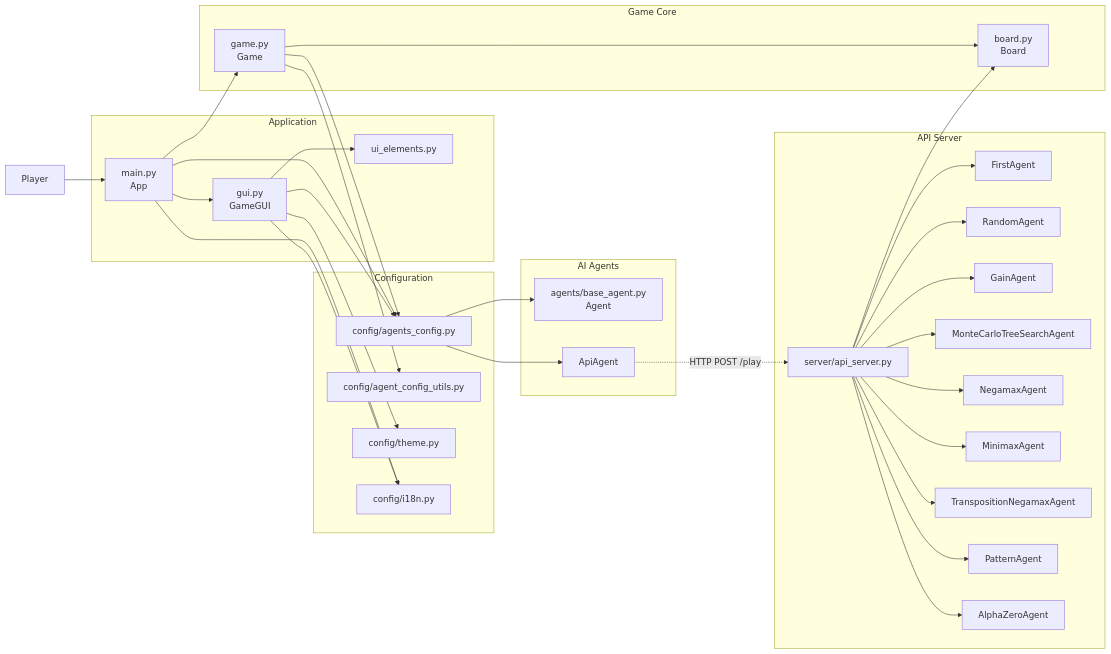
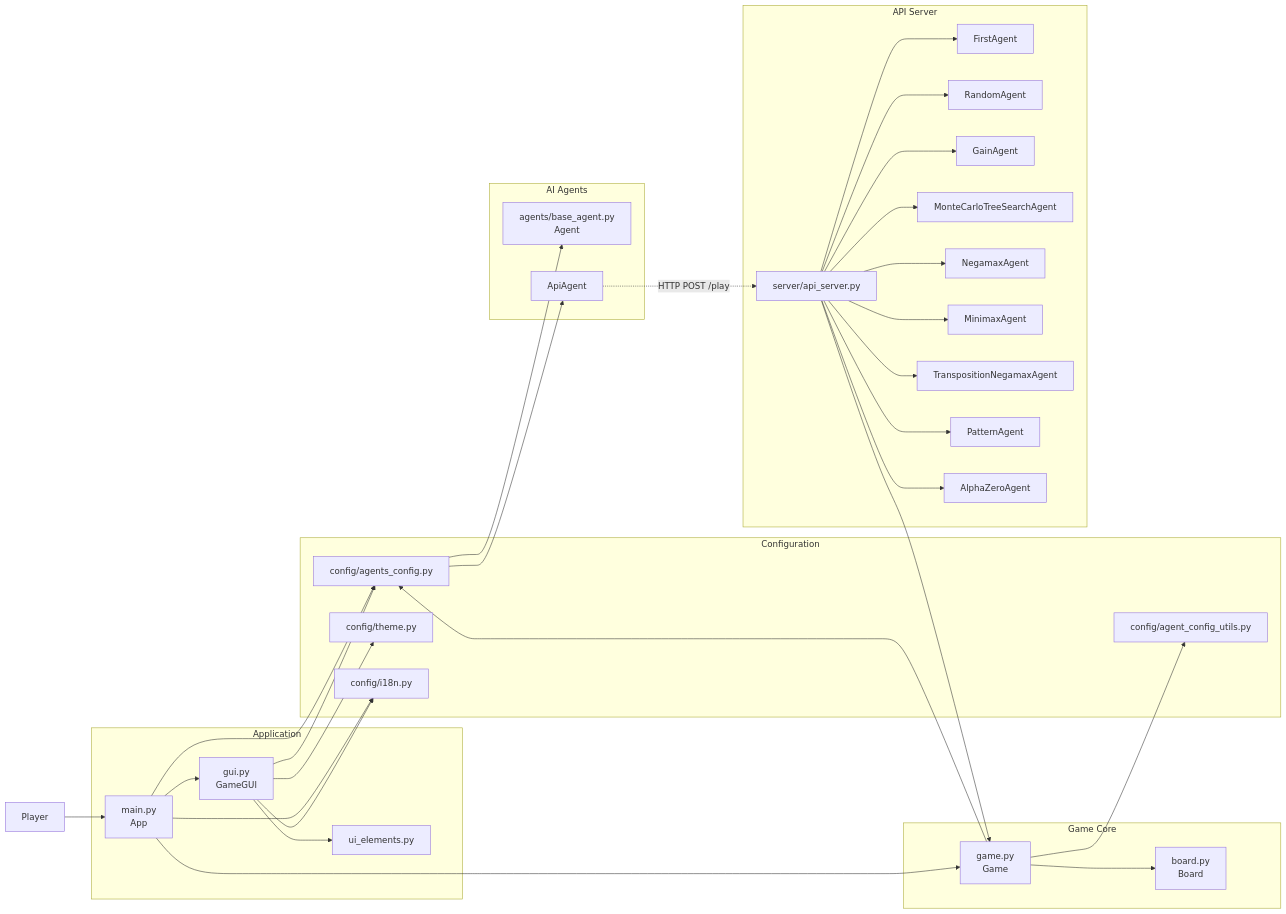
Before and after one commit to katoy/study-gemini2: the first of 2 diagrams in reversi-py/README.md, drawn with Mermaid. The commit also changed other lines of this file and 2 other files, not shown here.

````diff
--- a/reversi-py/README.md
+++ b/reversi-py/README.md
@@ -45,70 +488,70 @@
 ```mermaid
 flowchart LR
     User[Player]
 
     subgraph App["Application"]
         Main["main.py<br/>App"]
         GUI["gui.py<br/>GameGUI"]
         UIE["ui_elements.py"]
     end
 
     subgraph Core["Game Core"]
         Game["game.py<br/>Game"]
         Board["board.py<br/>Board"]
     end
 
     subgraph Agents["AI Agents"]
         Base["agents/base_agent.py<br/>Agent"]
         API["ApiAgent"]
     end
 
     subgraph Config["Configuration"]
         AgentsCfg["config/agents_config.py"]
         Params["config/agent_config_utils.py"]
         Theme["config/theme.py"]
         I18n["config/i18n.py"]
     end
 
     subgraph Server["API Server"]
         APIServer["server/api_server.py"]
         First["FirstAgent"]
         Random["RandomAgent"]
         Gain["GainAgent"]
         MCTS["MonteCarloTreeSearchAgent"]
         Negamax["NegamaxAgent"]
         Minimax["MinimaxAgent"]
         Transposition["TranspositionNegamaxAgent"]
         Pattern["PatternAgent"]
         AlphaZero["AlphaZeroAgent"]
     end
 
     User --> Main
     Main --> GUI
     Main --> Game
     Main --> I18n
     Main --> AgentsCfg
 
     GUI --> UIE
     GUI --> Theme
     GUI --> AgentsCfg
     GUI --> I18n
 
     Game --> Board
     Game --> AgentsCfg
     Game --> Params
 
     AgentsCfg --> Base
     AgentsCfg --> API
 
     API -.->|HTTP POST /play| APIServer
     APIServer --> First
     APIServer --> Random
     APIServer --> Gain
     APIServer --> MCTS
     APIServer --> Negamax
     APIServer --> Minimax
     APIServer --> Transposition
     APIServer --> Pattern
     APIServer --> AlphaZero
-    APIServer --> Board
+    APIServer --> Game
 ```
````
